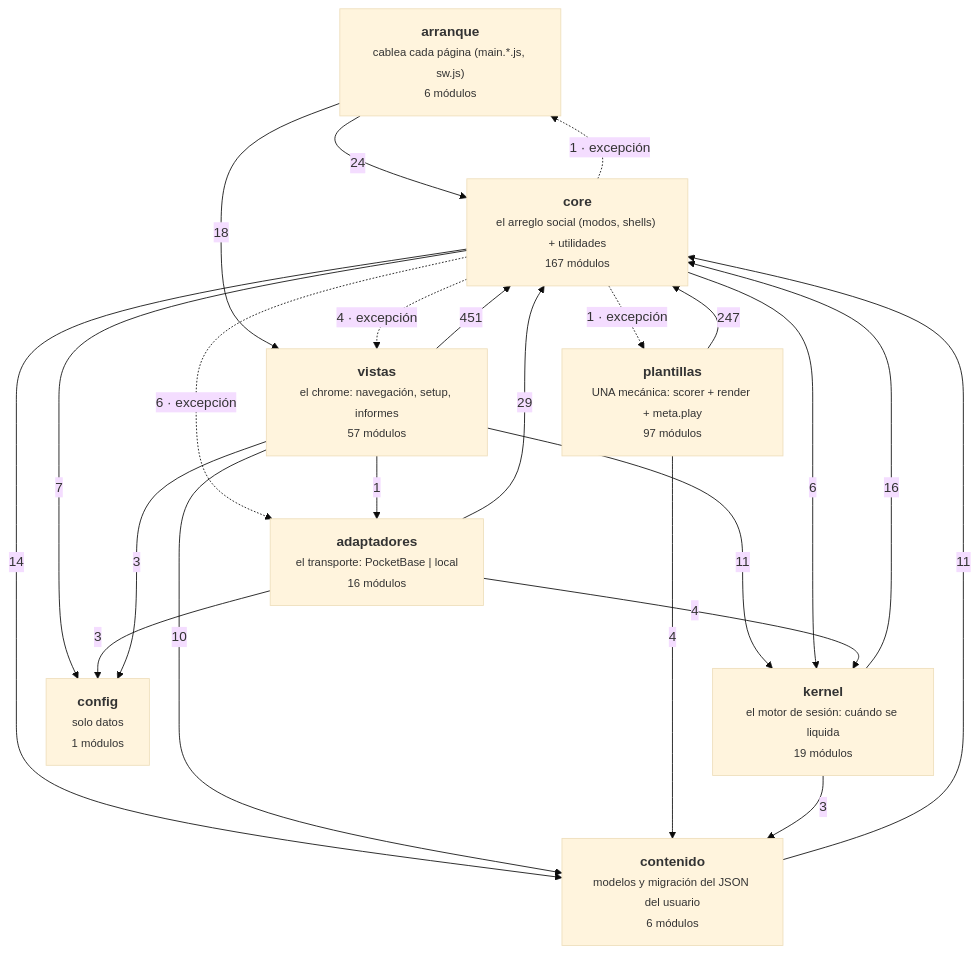
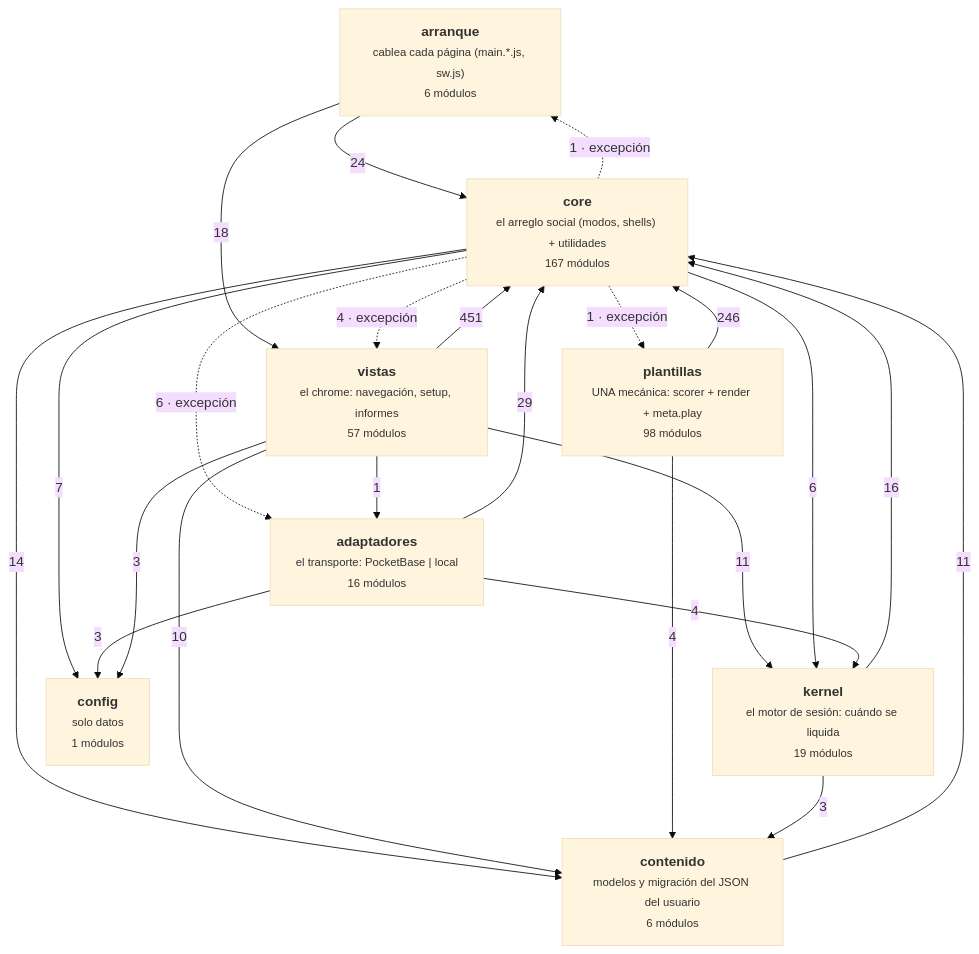
Before and after one commit to duecaz/ac: the diagram in docs/arquitectura-modulos.md, drawn with Mermaid (base theme). The commit also changed other lines of this file and 26 other files, not shown here.

````diff
--- a/docs/arquitectura-modulos.md
+++ b/docs/arquitectura-modulos.md
@@ -56,33 +56,33 @@
 ```mermaid
 graph TD
   A["<b>arranque</b><br/><small>cablea cada página (main.*.js, sw.js)</small><br/><small>6 módulos</small>"]
   V["<b>vistas</b><br/><small>el chrome: navegación, setup, informes</small><br/><small>57 módulos</small>"]
   AD["<b>adaptadores</b><br/><small>el transporte: PocketBase | local</small><br/><small>16 módulos</small>"]
   C["<b>core</b><br/><small>el arreglo social (modos, shells) + utilidades</small><br/><small>167 módulos</small>"]
   K["<b>kernel</b><br/><small>el motor de sesión: cuándo se liquida</small><br/><small>19 módulos</small>"]
-  T["<b>plantillas</b><br/><small>UNA mecánica: scorer + render + meta.play</small><br/><small>97 módulos</small>"]
+  T["<b>plantillas</b><br/><small>UNA mecánica: scorer + render + meta.play</small><br/><small>98 módulos</small>"]
   CO["<b>contenido</b><br/><small>modelos y migración del JSON del usuario</small><br/><small>6 módulos</small>"]
   CF["<b>config</b><br/><small>solo datos</small><br/><small>1 módulos</small>"]
   V -->|451| C
-  T -->|247| C
+  T -->|246| C
   AD -->|29| C
   A -->|24| C
   A -->|18| V
   K -->|16| C
   C -->|14| CO
   CO -->|11| C
   V -->|11| K
   V -->|10| CO
   C -->|7| CF
   C -->|6| K
   C -.->|6 · excepción| AD
   AD -->|4| K
   C -.->|4 · excepción| V
   T -->|4| CO
   AD -->|3| CF
   K -->|3| CO
   V -->|3| CF
   C -.->|1 · excepción| T
   C -.->|1 · excepción| A
   V -->|1| AD
 ```
````
